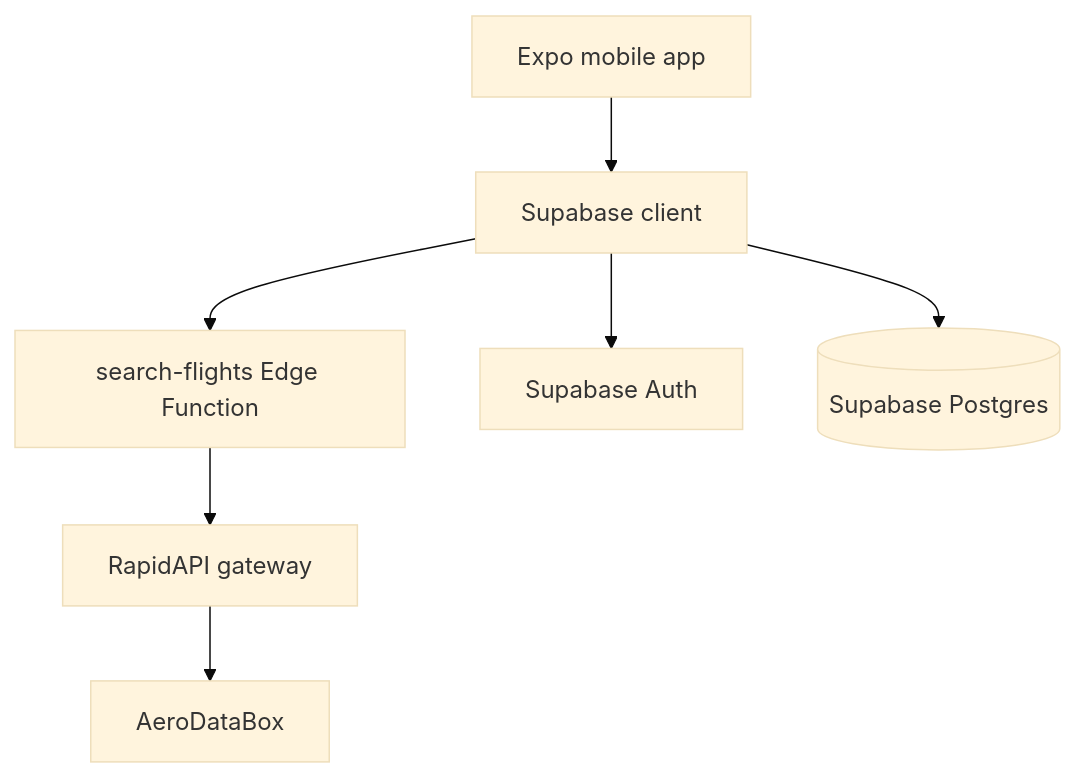
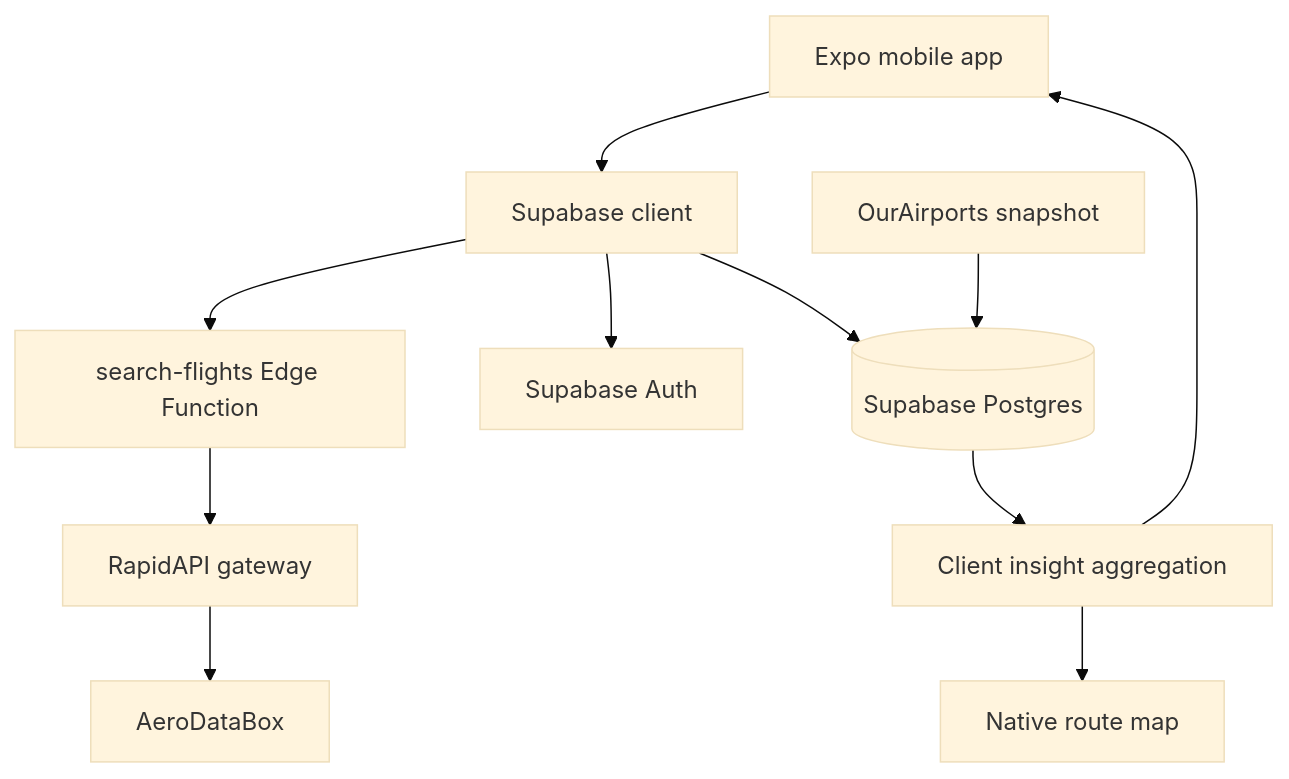
Before and after one commit to jacekasen/flight-tracker: the first of 3 diagrams in docs/DESIGN.md, drawn with Mermaid (base theme). The commit also changed other lines of this file and 16 other files, not shown here.

First line of the commit message:
Add private flight insights and route mapping.

````diff
--- a/docs/DESIGN.md
+++ b/docs/DESIGN.md
@@ -64,17 +65,24 @@
 ```mermaid
 flowchart TD
   mobile[Expo mobile app]
   client[Supabase client]
   edge[search-flights Edge Function]
   rapid[RapidAPI gateway]
   provider[AeroDataBox]
   auth[Supabase Auth]
   database[(Supabase Postgres)]
+  airportData[OurAirports snapshot]
+  insights[Client insight aggregation]
+  map[Native route map]
 
   mobile --> client
   client --> edge
   edge --> rapid
   rapid --> provider
   client --> auth
   client --> database
+  airportData --> database
+  database --> insights
+  insights --> map
+  insights --> mobile
 ```
````
